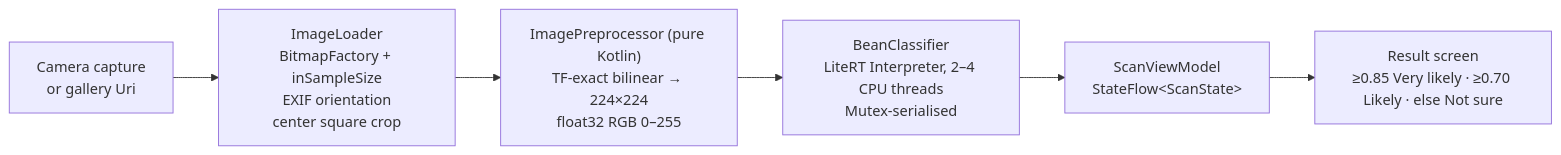
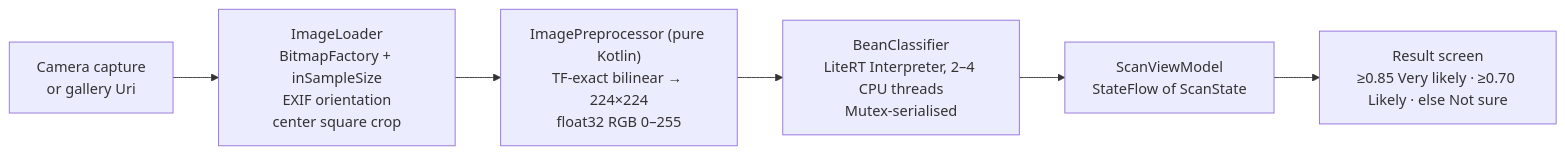
The second of 2 diagrams in README.md (majeedar/Bean-Disease-Classification-Android-Deployment), drawn with Mermaid before and after one commit.

Commit message:
README: plain text label in pipeline diagram

````diff
--- a/README.md
+++ b/README.md
@@ -100,8 +100,8 @@
 ```mermaid
 flowchart LR
     U[Camera capture<br/>or gallery Uri] --> L["ImageLoader<br/>BitmapFactory + inSampleSize<br/>EXIF orientation<br/>center square crop"]
     L --> PP["ImagePreprocessor (pure Kotlin)<br/>TF-exact bilinear → 224×224<br/>float32 RGB 0–255"]
     PP --> C["BeanClassifier<br/>LiteRT Interpreter, 2–4 CPU threads<br/>Mutex-serialised"]
-    C --> V["ScanViewModel<br/>StateFlow&lt;ScanState&gt;"]
+    C --> V["ScanViewModel<br/>StateFlow of ScanState"]
     V --> UI["Result screen<br/>≥0.85 Very likely · ≥0.70 Likely · else Not sure"]
 ```
````
